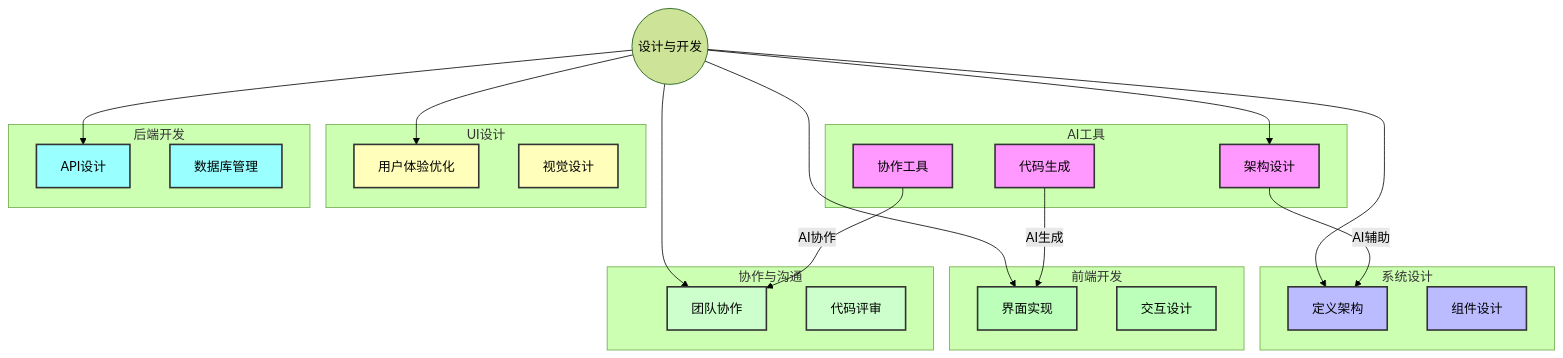
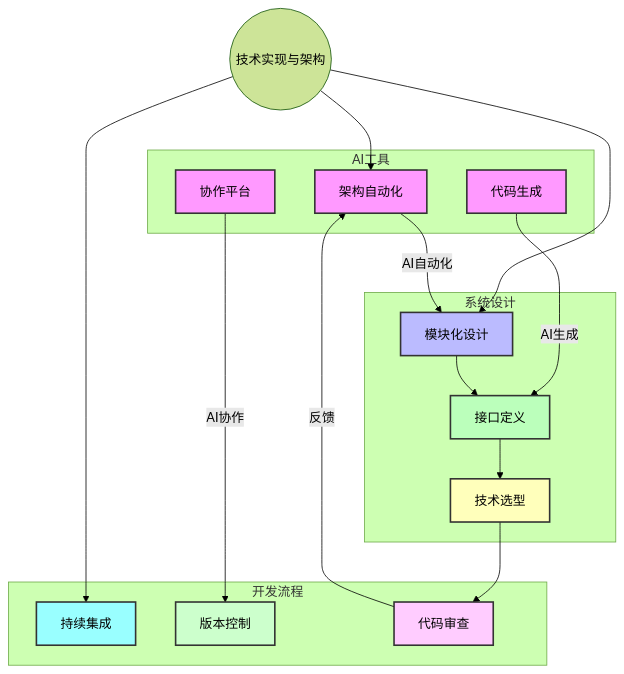
Before and after one commit to wutongci/cursor-courses: the fifth of 8 diagrams in advanced/前言.md, drawn with Mermaid (forest theme). The commit also changed other lines of this file, not shown here.

````diff
--- a/advanced/前言.md
+++ b/advanced/前言.md
@@ -151,51 +219,38 @@
 ```mermaid
 graph TD;
-    A((设计与开发))
+    A((技术实现与架构))
     subgraph AI工具
-        C[架构设计]
-        D[代码生成]
-        E[协作工具]
+        B[架构自动化]
+        C[代码生成]
+        D[协作平台]
     end
     subgraph 系统设计
-        F[定义架构]
-        G[组件设计]
+        E[模块化设计]
+        F[接口定义]
+        G[技术选型]
     end
-    subgraph 前端开发
-        H[界面实现]
-        I[交互设计]
+    subgraph 开发流程
+        H[持续集成]
+        I[版本控制]
+        J[代码审查]
     end
-    subgraph UI设计
-        J[用户体验优化]
-        K[视觉设计]
-    end
-    subgraph 后端开发
-        L[API设计]
-        M[数据库管理]
-    end
-    subgraph 协作与沟通
-        N[团队协作]
-        O[代码评审]
-    end
-    A --> C
-    A --> F
+    A --> B
+    A --> E
     A --> H
-    A --> J
-    A --> L
-    A --> N
-    C -->|AI辅助| F
-    D -->|AI生成| H
-    E -->|AI协作| N
+    B -->|AI自动化| E
+    C -->|AI生成| F
+    D -->|AI协作| I
+    E --> F
+    F --> G
+    G --> J
+    J -->|反馈| B
+    style B fill:#f9f,stroke:#333,stroke-width:2px;
     style C fill:#f9f,stroke:#333,stroke-width:2px;
     style D fill:#f9f,stroke:#333,stroke-width:2px;
-    style E fill:#f9f,stroke:#333,stroke-width:2px;
-    style F fill:#bbf,stroke:#333,stroke-width:2px;
-    style G fill:#bbf,stroke:#333,stroke-width:2px;
-    style H fill:#bfb,stroke:#333,stroke-width:2px;
-    style I fill:#bfb,stroke:#333,stroke-width:2px;
-    style J fill:#ffb,stroke:#333,stroke-width:2px;
-    style K fill:#ffb,stroke:#333,stroke-width:2px;
-    style L fill:#9ff,stroke:#333,stroke-width:2px;
-    style M fill:#9ff,stroke:#333,stroke-width:2px;
-    style N fill:#cfc,stroke:#333,stroke-width:2px;
-    style O fill:#cfc,stroke:#333,stroke-width:2px;
+    style E fill:#bbf,stroke:#333,stroke-width:2px;
+    style F fill:#bfb,stroke:#333,stroke-width:2px;
+    style G fill:#ffb,stroke:#333,stroke-width:2px;
+    style H fill:#9ff,stroke:#333,stroke-width:2px;
+    style I fill:#cfc,stroke:#333,stroke-width:2px;
+    style J fill:#fcf,stroke:#333,stroke-width:2px;
 ```
````
